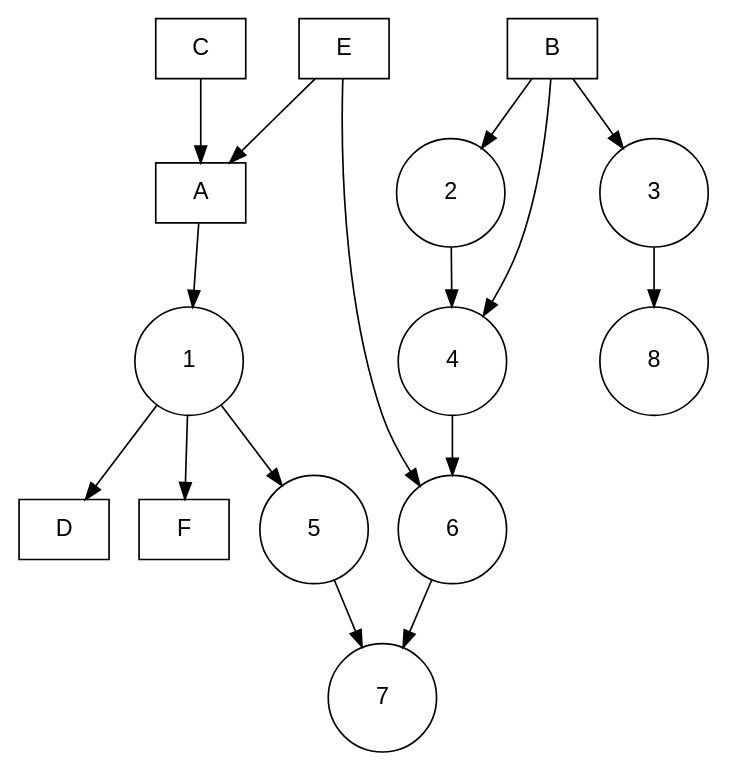
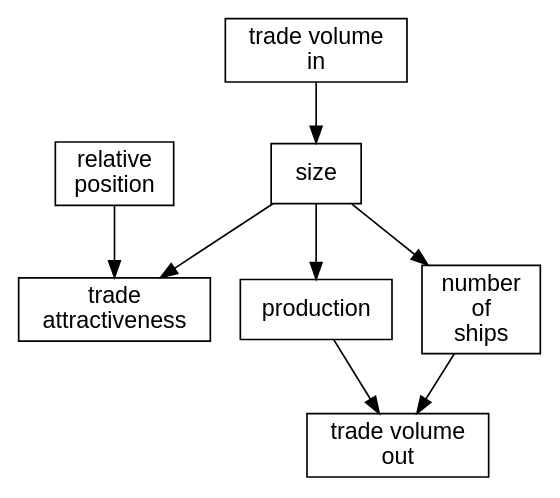
The diagram in diagrams/boxes.dot (o-date/draft), drawn with Graphviz before and after one commit. The commit also changed 2 other files, not shown here.

Commit message:
text update: models and formal models diagram on Pond Trade dynamics (v01)

```diff
--- a/diagrams/boxes.dot
+++ b/diagrams/boxes.dot
@@ -1,22 +1,36 @@
 
 digraph boxes_and_circles {
   
   # a 'graph' statement
   graph [overlap = true, fontsize = 10]
   
   # several 'node' statements
   node [shape = box,
   fontname = Helvetica]
-  A; B; C; D; E; F
+  "production";
+  "size";
+  "number\nof\nships";
+  "relative\nposition";
+  "trade\nattractiveness";
+  "trade volume\nin";"trade volume\nout"
+  #A; B; C; D; E; F
   
   node [shape = circle,
   fixedsize = true,
   width = 0.9] // sets as circles
-  1; 2; 3; 4; 5; 6; 7; 8
+  1="wiwiw"; 2="kmkm"
+  #1; 2; 3; 4; 5; 6; 7; 8
   
   # several 'edge' statements
-  A->1 B->2 B->3 B->4 C->A
-  1->D E->A 2->4 1->5 1->F
-  E->6 4->6 5->7 6->7 3->8
+  "size"->"production"
+  "size"->"number\nof\nships"
+  "relative\nposition"->"trade\nattractiveness"
+  "size"->"trade\nattractiveness"
+  "production"->"trade volume\nout"
+  "number\nof\nships"->"trade volume\nout"
+  "trade volume\nin"->"size"
+  #B->3 B->4 C->A
+  #1->D E->A 2->4 1->5 1->F
+  #E->6 4->6 5->7 6->7 3->8
   
 }
```
